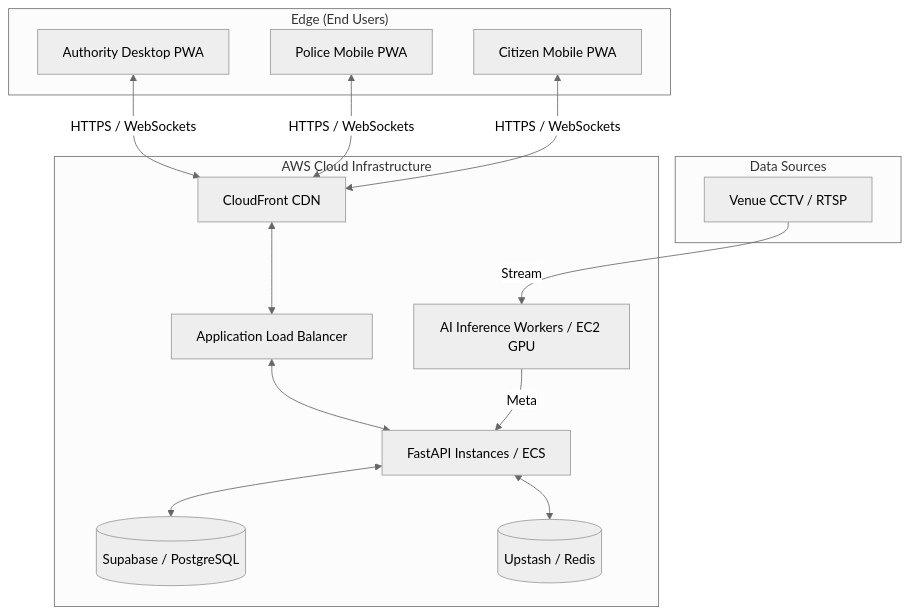
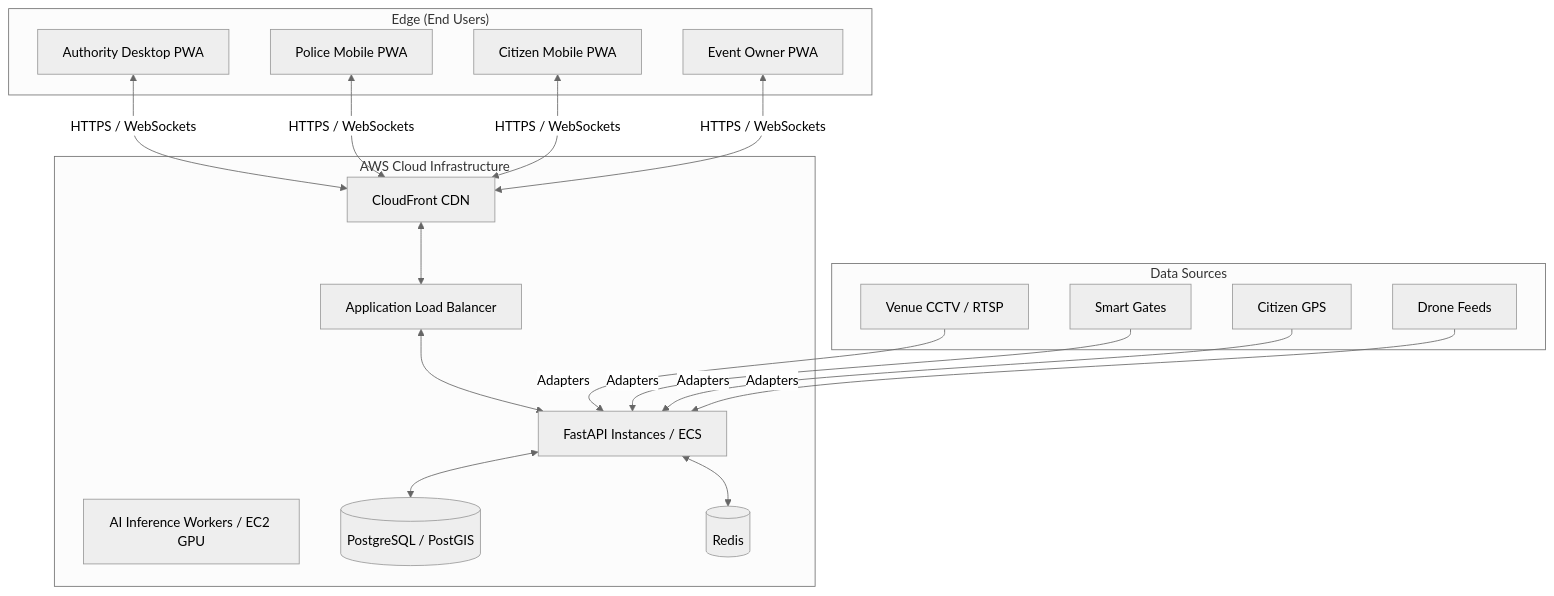
The diagram in docs/07_DEPLOYMENT_AND_OPS.md (algorithnicmind/crowdcatchup), drawn with Mermaid (neutral theme) before and after one commit. The commit also changed other lines of this file and 8 other files, not shown here.

````diff
--- a/docs/07_DEPLOYMENT_AND_OPS.md
+++ b/docs/07_DEPLOYMENT_AND_OPS.md
@@ -12,33 +13,32 @@
 ```mermaid
 graph TB
     subgraph EDGE_DEVICES["Edge (End Users)"]
         AUTH[Authority Desktop PWA]
         POL[Police Mobile PWA]
         CIT[Citizen Mobile PWA]
+        EVO[Event Owner PWA]
     end
 
     subgraph AWS_CLOUD["AWS Cloud Infrastructure"]
         CF[CloudFront CDN]
         ALB[Application Load Balancer]
-        
         API[FastAPI Instances / ECS]
         AI[AI Inference Workers / EC2 GPU]
-        
-        DB[(Supabase / PostgreSQL)]
-        CACHE[(Upstash / Redis)]
+        DB[(PostgreSQL / PostGIS)]
+        CACHE[(Redis)]
     end
 
     subgraph INGESTION["Data Sources"]
         CCTV[Venue CCTV / RTSP]
+        SG[Smart Gates]
+        GPS[Citizen GPS]
+        DRONE[Drone Feeds]
     end
 
-    AUTH & POL & CIT <-->|HTTPS / WebSockets| CF
+    AUTH & POL & CIT & EVO <-->|HTTPS / WebSockets| CF
     CF <--> ALB
     ALB <--> API
-    
-    CCTV -->|Stream| AI
-    AI -->|Meta| API
-    
+    CCTV & SG & GPS & DRONE -->|Adapters| API
     API <--> DB
     API <--> CACHE
 ```
````
